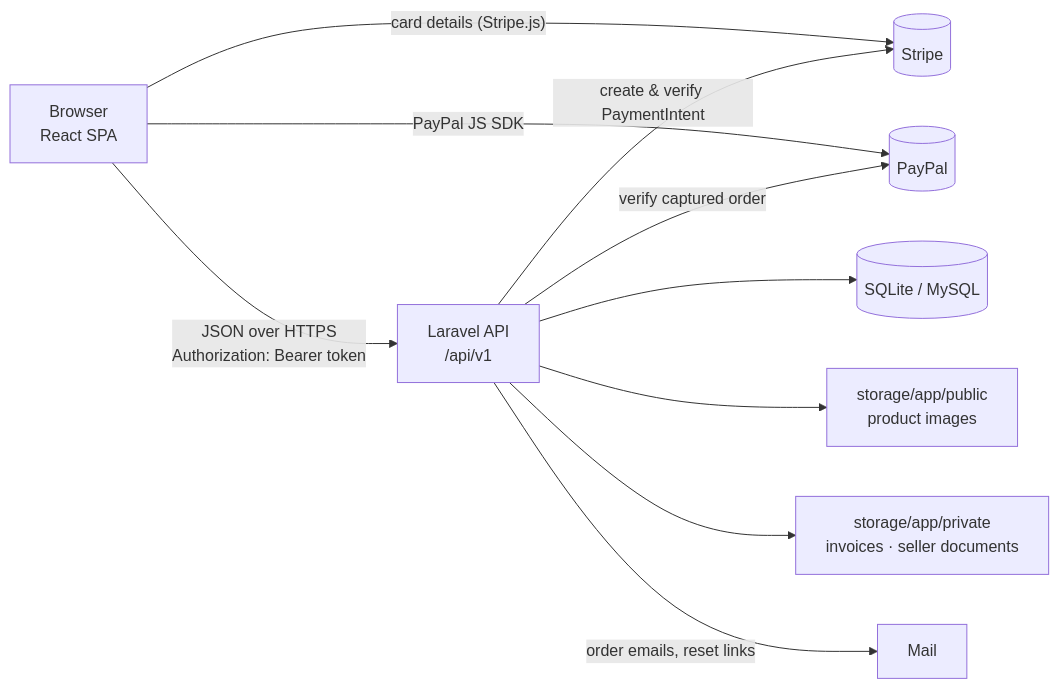
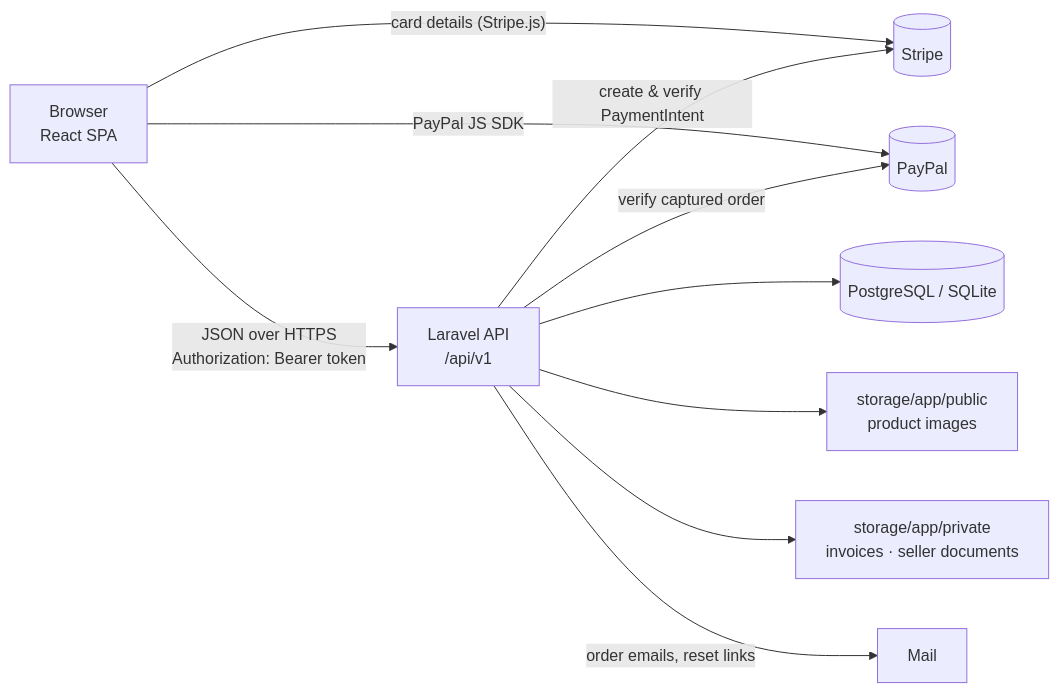
The diagram in README.md (Anas2103/Ecommerce), drawn with Mermaid before and after one commit. The commit also changed other lines of this file and 7 other files, not shown here.

Commit message:
feat: PostgreSQL support for production (Neon), case-insensitive search, CI on SQLite + PostgreSQL

````diff
--- a/README.md
+++ b/README.md
@@ -114,12 +114,12 @@
 ```mermaid
 flowchart LR
     B[Browser<br/>React SPA] -- "JSON over HTTPS<br/>Authorization: Bearer token" --> A[Laravel API<br/>/api/v1]
     B -- "card details (Stripe.js)" --> ST[(Stripe)]
     B -- "PayPal JS SDK" --> P[(PayPal)]
     A -- "create & verify PaymentIntent" --> ST
     A -- "verify captured order" --> P
-    A --> D[(SQLite / MySQL)]
+    A --> D[(PostgreSQL / SQLite)]
     A --> S1[storage/app/public<br/>product images]
     A --> S2[storage/app/private<br/>invoices · seller documents]
     A -- "order emails, reset links" --> M[Mail]
 ```
````
